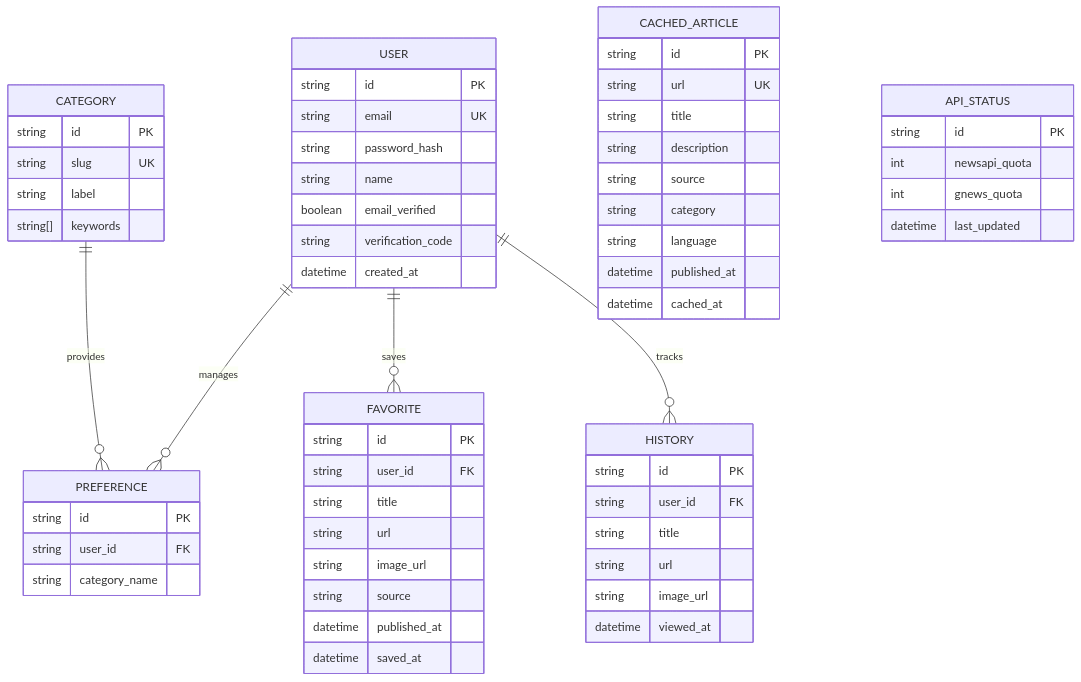
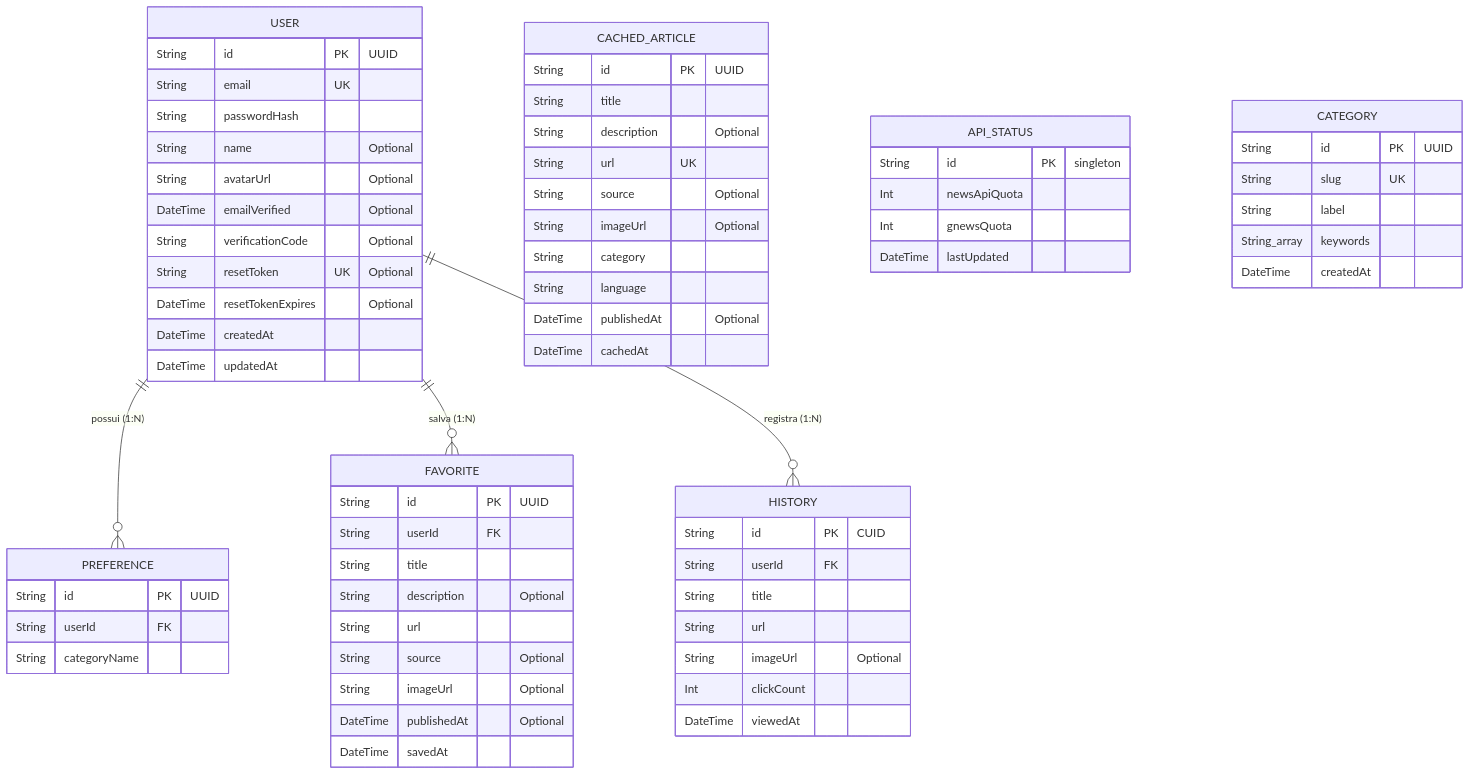
The diagram in docs/database-schema.md (iambot1193/TrackFeed), drawn with Mermaid before and after one commit. The commit also changed other lines of this file and 29 other files, not shown here.

````diff
--- a/docs/database-schema.md
+++ b/docs/database-schema.md
@@ -4,62 +11,76 @@
 ```mermaid
 erDiagram
-    USER ||--o{ PREFERENCE : manages
-    USER ||--o{ FAVORITE : saves
-    USER ||--o{ HISTORY : tracks
-    CATEGORY ||--o{ PREFERENCE : provides
+    USER ||--o{ PREFERENCE : "possui (1:N)"
+    USER ||--o{ FAVORITE : "salva (1:N)"
+    USER ||--o{ HISTORY : "registra (1:N)"
+    
     USER {
-        string id PK
-        string email UK
-        string password_hash
-        string name
-        boolean email_verified
-        string verification_code
-        datetime created_at
+        String id PK "UUID"
+        String email UK
+        String passwordHash
+        String name "Optional"
+        String avatarUrl "Optional"
+        DateTime emailVerified "Optional"
+        String verificationCode "Optional"
+        String resetToken UK "Optional"
+        DateTime resetTokenExpires "Optional"
+        DateTime createdAt
+        DateTime updatedAt
     }
+
+    PREFERENCE {
+        String id PK "UUID"
+        String userId FK
+        String categoryName
+    }
+
+    FAVORITE {
+        String id PK "UUID"
+        String userId FK
+        String title
+        String description "Optional"
+        String url
+        String source "Optional"
+        String imageUrl "Optional"
+        DateTime publishedAt "Optional"
+        DateTime savedAt
+    }
+
+    HISTORY {
+        String id PK "CUID"
+        String userId FK
+        String title
+        String url
+        String imageUrl "Optional"
+        Int clickCount
+        DateTime viewedAt
+    }
+
     CACHED_ARTICLE {
-        string id PK
-        string url UK
-        string title
-        string description
-        string source
-        string category
-        string language
-        datetime published_at
-        datetime cached_at
+        String id PK "UUID"
+        String title
+        String description "Optional"
+        String url UK
+        String source "Optional"
+        String imageUrl "Optional"
+        String category
+        String language
+        DateTime publishedAt "Optional"
+        DateTime cachedAt
     }
+
     API_STATUS {
-        string id PK
-        int newsapi_quota
-        int gnews_quota
-        datetime last_updated
+        String id PK "singleton"
+        Int newsApiQuota
+        Int gnewsQuota
+        DateTime lastUpdated
     }
+
     CATEGORY {
-        string id PK
-        string slug UK
-        string label
-        string[] keywords
-    }
-    PREFERENCE {
-        string id PK
-        string user_id FK
-        string category_name
-    }
-    FAVORITE {
-        string id PK
-        string user_id FK
-        string title
-        string url
-        string image_url
-        string source
-        datetime published_at
-        datetime saved_at
-    }
-    HISTORY {
-        string id PK
-        string user_id FK
-        string title
-        string url
-        string image_url
-        datetime viewed_at
+        String id PK "UUID"
+        String slug UK
+        String label
+        String_array keywords
+        DateTime createdAt
     }
 ```
````
